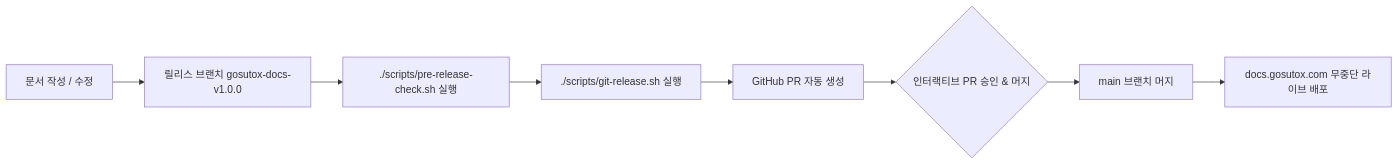
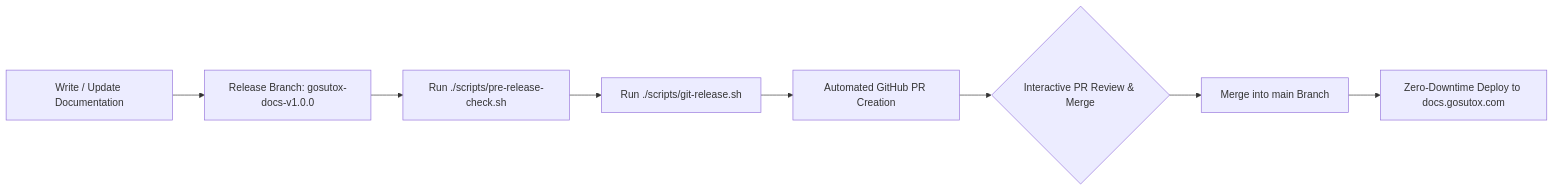
The diagram in README.md (gosutox/gosutox-docs), drawn with Mermaid before and after one commit. The commit also changed other lines of this file, not shown here.

Commit message:
docs: translate all documentation, headings, and diagrams to English

````diff
--- a/README.md
+++ b/README.md
@@ -63,10 +63,10 @@
 ```mermaid
 graph LR
-    Dev[문서 작성 / 수정] --> Branch[릴리스 브랜치 gosutox-docs-v1.0.0]
-    Branch --> Check[./scripts/pre-release-check.sh 실행]
-    Check --> Release[./scripts/git-release.sh 실행]
-    Release --> PR[GitHub PR 자동 생성]
-    PR --> Review{인터랙티브 PR 승인 & 머지}
-    Review --> Main[main 브랜치 머지]
-    Main --> Live[docs.gosutox.com 무중단 라이브 배포]
+    Dev[Write / Update Documentation] --> Branch[Release Branch: gosutox-docs-v1.0.0]
+    Branch --> Check[Run ./scripts/pre-release-check.sh]
+    Check --> Release[Run ./scripts/git-release.sh]
+    Release --> PR[Automated GitHub PR Creation]
+    PR --> Review{Interactive PR Review & Merge}
+    Review --> Main[Merge into main Branch]
+    Main --> Live[Zero-Downtime Deploy to docs.gosutox.com]
 ```
````
